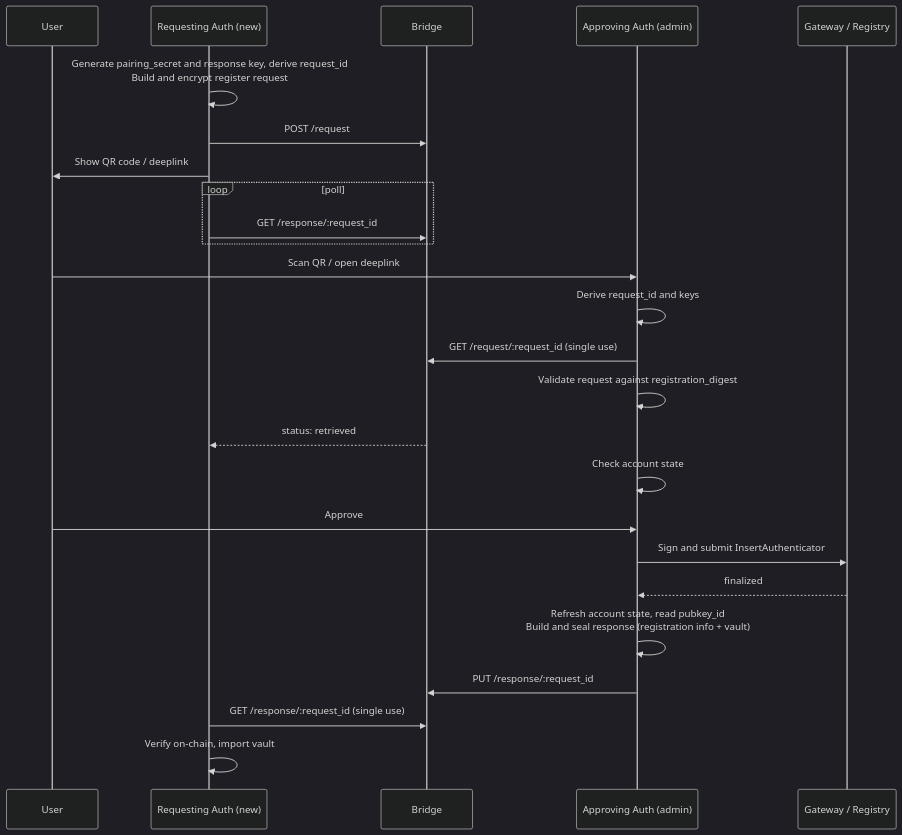
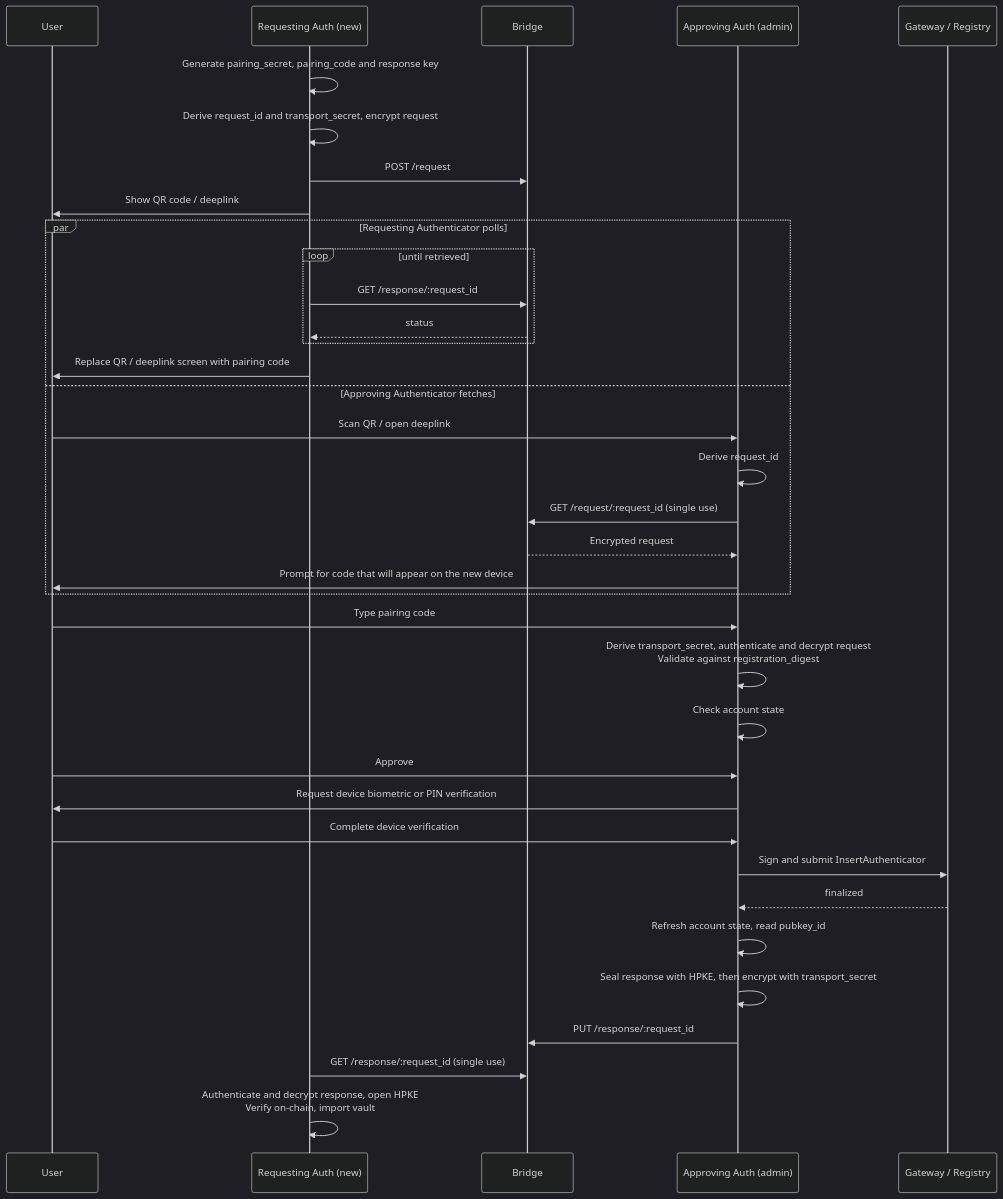
The diagram in docs/WIPs/wip-109.md (worldcoin/world-id-protocol), drawn with Mermaid (dark theme) before and after one commit. The commit also changed other lines of this file, not shown here.

Commit message:
feat: proposal for pairing code (WIP-109) (#1065)

````diff
--- a/docs/WIPs/wip-109.md
+++ b/docs/WIPs/wip-109.md
@@ -45,28 +47,39 @@
 ```mermaid
 sequenceDiagram
     participant u as User
     participant r as Requesting Auth (new)
     participant b as Bridge
     participant a as Approving Auth (admin)
     participant g as Gateway / Registry
 
-    r->>r: Generate pairing_secret and response key, derive request_id<br/>Build and encrypt register request
+    r->>r: Generate pairing_secret, pairing_code and response key
+    r->>r: Derive request_id and transport_secret, encrypt request
     r->>b: POST /request
     r->>u: Show QR code / deeplink
-    loop poll
-        r->>b: GET /response/:request_id
+    par Requesting Authenticator polls
+        loop until retrieved
+            r->>b: GET /response/:request_id
+            b-->>r: status
+        end
+        r->>u: Replace QR / deeplink screen with pairing code
+    and Approving Authenticator fetches
+        u->>a: Scan QR / open deeplink
+        a->>a: Derive request_id
+        a->>b: GET /request/:request_id (single use)
+        b-->>a: Encrypted request
+        a->>u: Prompt for code that will appear on the new device
     end
-    u->>a: Scan QR / open deeplink
-    a->>a: Derive request_id and keys
-    a->>b: GET /request/:request_id (single use)
-    a->>a: Validate request against registration_digest
-    b-->>r: status: retrieved
+    u->>a: Type pairing code
+    a->>a: Derive transport_secret, authenticate and decrypt request<br/>Validate against registration_digest
     a->>a: Check account state
     u->>a: Approve
+    a->>u: Request device biometric or PIN verification
+    u->>a: Complete device verification
     a->>g: Sign and submit InsertAuthenticator
     g-->>a: finalized
-    a->>a: Refresh account state, read pubkey_id<br/>Build and seal response (registration info + vault)
+    a->>a: Refresh account state, read pubkey_id
+    a->>a: Seal response with HPKE, then encrypt with transport_secret
     a->>b: PUT /response/:request_id
     r->>b: GET /response/:request_id (single use)
-    r->>r: Verify on-chain, import vault
+    r->>r: Authenticate and decrypt response, open HPKE<br/>Verify on-chain, import vault
 ```
````
